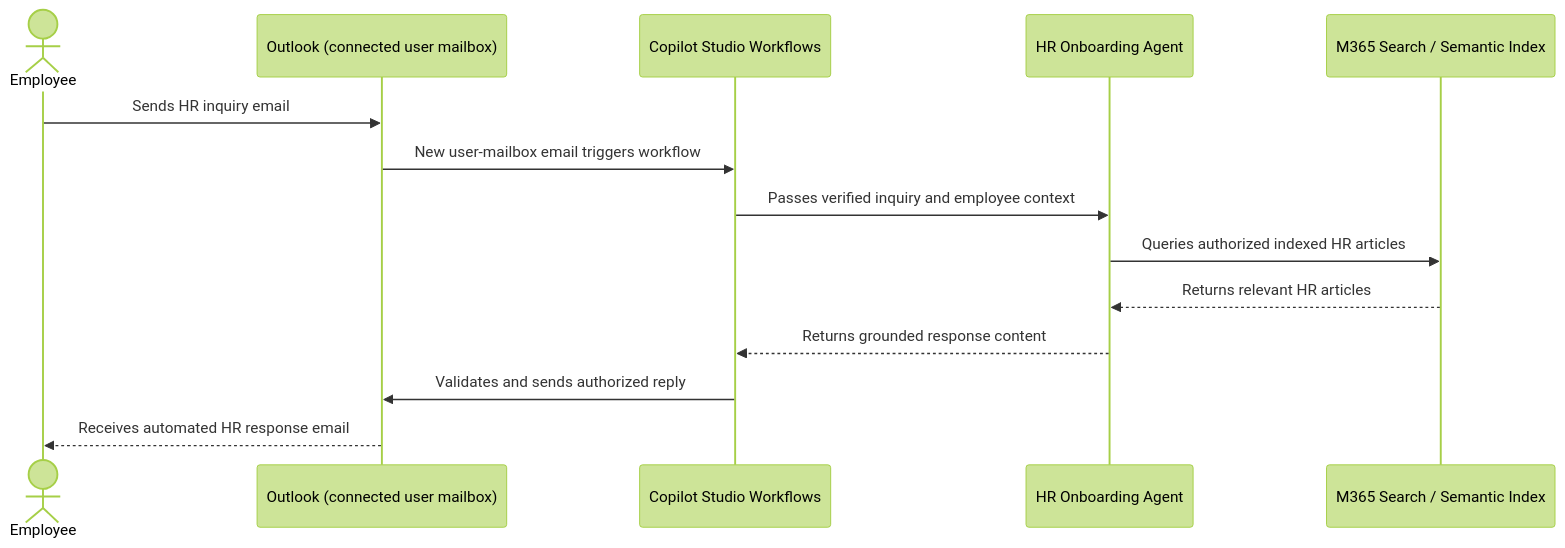
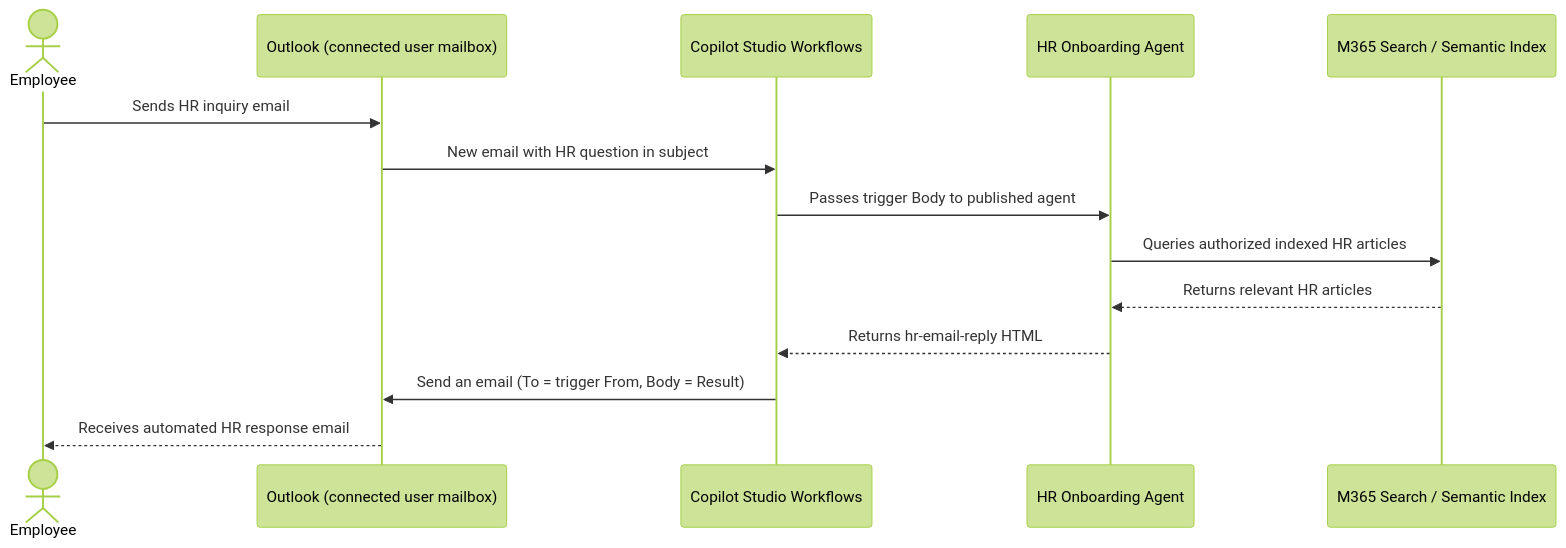
The third of 3 diagrams in 01-scenarios/HR-Onboarding-Agent-GHCP/2.Architecture.md (petepuu/ai-agent-runbooks), drawn with Mermaid (forest theme) before and after one commit. The commit also changed other lines of this file and 12 other files, not shown here.

````diff
--- a/01-scenarios/HR-Onboarding-Agent-GHCP/2.Architecture.md
+++ b/01-scenarios/HR-Onboarding-Agent-GHCP/2.Architecture.md
@@ -135,16 +134,16 @@
 ```mermaid
 sequenceDiagram
     actor Employee
     participant Mail as Outlook (connected user mailbox)
     participant Flow as Copilot Studio Workflows
     participant Agent as HR Onboarding Agent
     participant KB as M365 Search / Semantic Index
     Employee->>Mail: Sends HR inquiry email
-    Mail->>Flow: New user-mailbox email triggers workflow
-    Flow->>Agent: Passes verified inquiry and employee context
+    Mail->>Flow: New email with HR question in subject
+    Flow->>Agent: Passes trigger Body to published agent
     Agent->>KB: Queries authorized indexed HR articles
     KB-->>Agent: Returns relevant HR articles
-    Agent-->>Flow: Returns grounded response content
-    Flow->>Mail: Validates and sends authorized reply
+    Agent-->>Flow: Returns hr-email-reply HTML
+    Flow->>Mail: Send an email (To = trigger From, Body = Result)
     Mail-->>Employee: Receives automated HR response email
 ```
````
